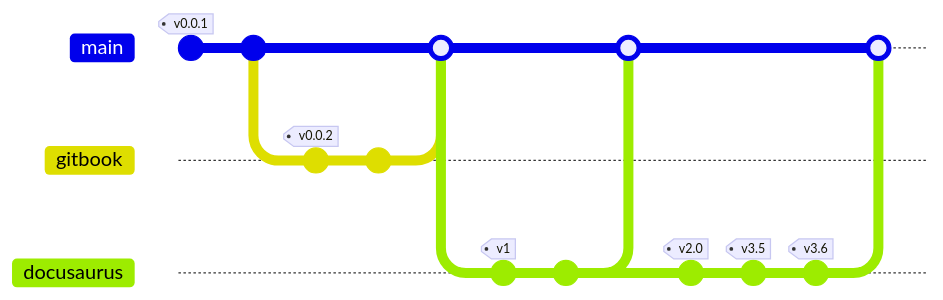
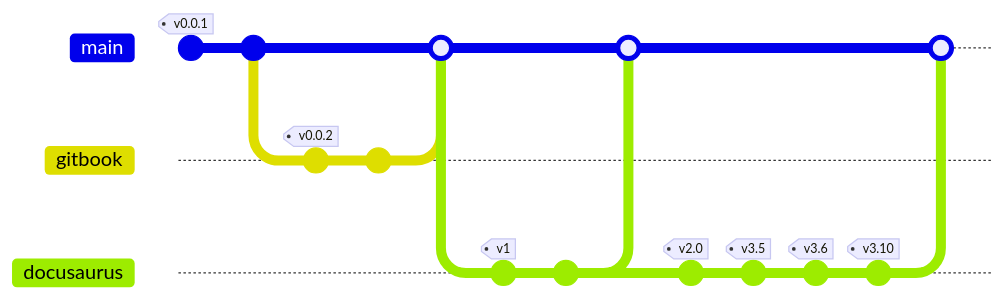
Before and after one commit to windhamdavid/til: the first of 3 diagrams in src/pages/help.md, drawn with Mermaid. The commit also changed 8 other files, not shown here. Commit ids are hidden.

````diff
--- a/src/pages/help.md
+++ b/src/pages/help.md
@@ -23,22 +23,23 @@
 ```mermaid
 gitGraph
     commit id: ".md files" tag: "v0.0.1"
     commit
     branch gitbook
     commit id: "mv to gitbook" tag: "v0.0.2"
     commit
     checkout main
     merge gitbook
     branch docusaurus
     checkout docusaurus
     commit id: "docusaurus"  tag: "v1"
     commit
     checkout main
     merge docusaurus
     checkout docusaurus
     commit id: "2"  tag: "v2.0"
     commit id: "3.5"  tag: "v3.5"
     commit id: "3.6.1"  tag: "v3.6"
+    commit id: "3.10.1"  tag: "v3.10"
     checkout main
     merge docusaurus
 ```
````
